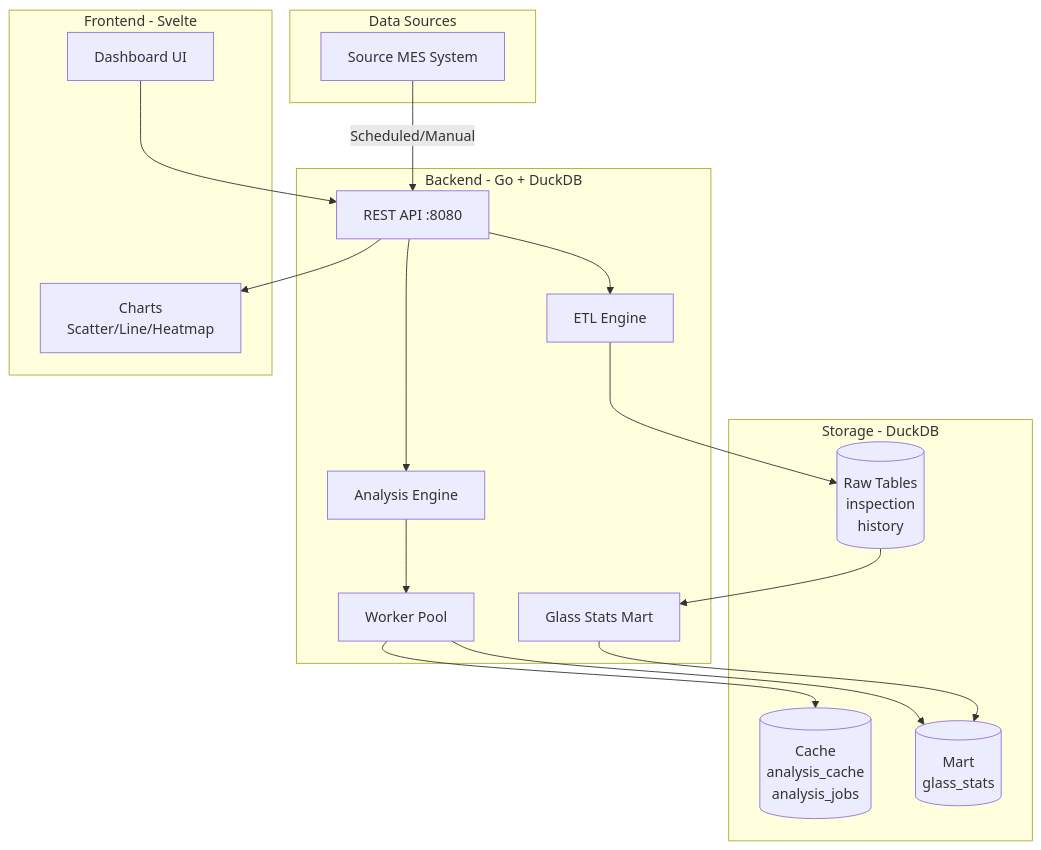
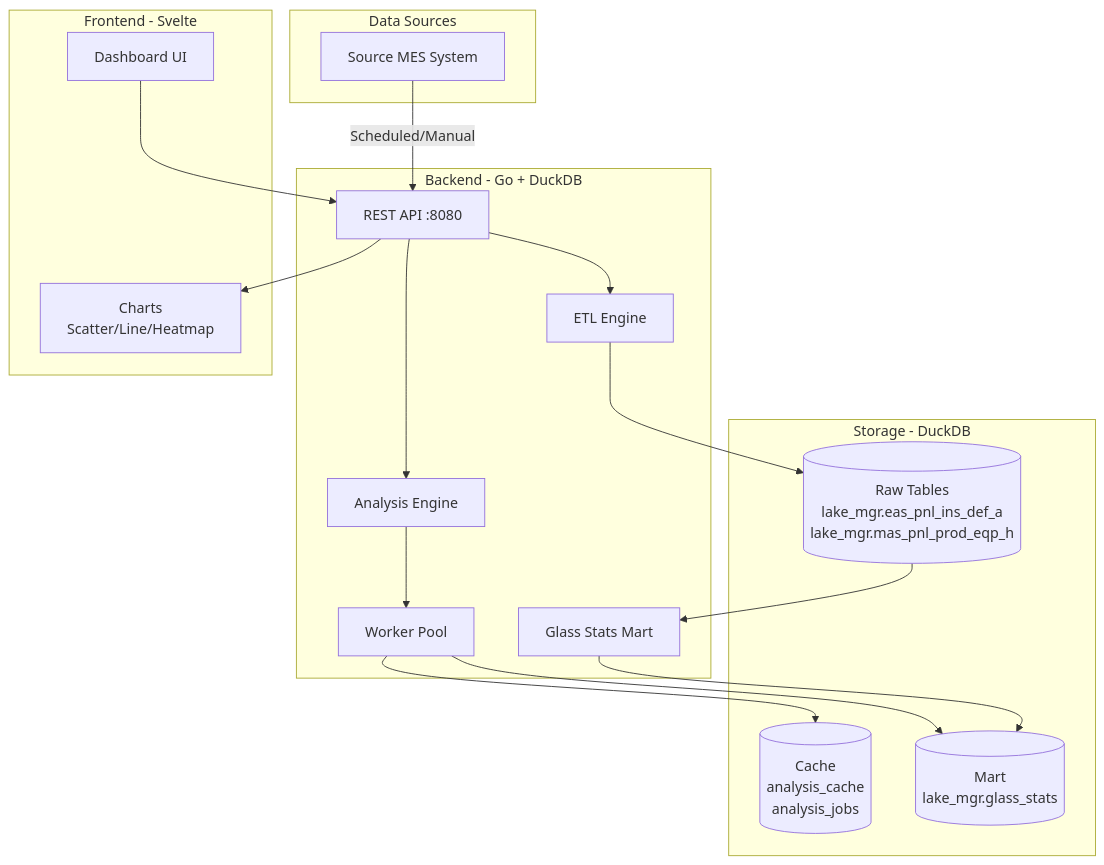
The diagram in README.md (mgcha85/lgd-liteStat), drawn with Mermaid before and after one commit. The commit also changed other lines of this file and 12 other files, not shown here.

````diff
--- a/README.md
+++ b/README.md
@@ -26,37 +26,37 @@
 ```mermaid
 graph TB
     subgraph "Data Sources"
         SRC[Source MES System]
     end
     
     subgraph "Backend - Go + DuckDB"
         API[REST API :8080]
         ETL[ETL Engine]
         MART[Glass Stats Mart]
         ANALYSIS[Analysis Engine]
         WORKER[Worker Pool]
     end
     
     subgraph "Storage - DuckDB"
-        RAW[("Raw Tables<br/>inspection<br/>history")]
+        RAW[("Raw Tables<br/>lake_mgr.eas_pnl_ins_def_a<br/>lake_mgr.mas_pnl_prod_eqp_h")]
         CACHE[("Cache<br/>analysis_cache<br/>analysis_jobs")]
-        AGGREGATED[("Mart<br/>glass_stats")]
+        AGGREGATED[("Mart<br/>lake_mgr.glass_stats")]
     end
     
     subgraph "Frontend - Svelte" 
         UI[Dashboard UI]
         CHARTS[Charts<br/>Scatter/Line/Heatmap]
     end
     
     SRC -->|Scheduled/Manual| API
     API --> ETL
     ETL --> RAW
     RAW --> MART
     MART --> AGGREGATED
     API --> ANALYSIS
     ANALYSIS --> WORKER
     WORKER --> AGGREGATED
     WORKER --> CACHE
     UI --> API
     API --> CHARTS
 ```
````
